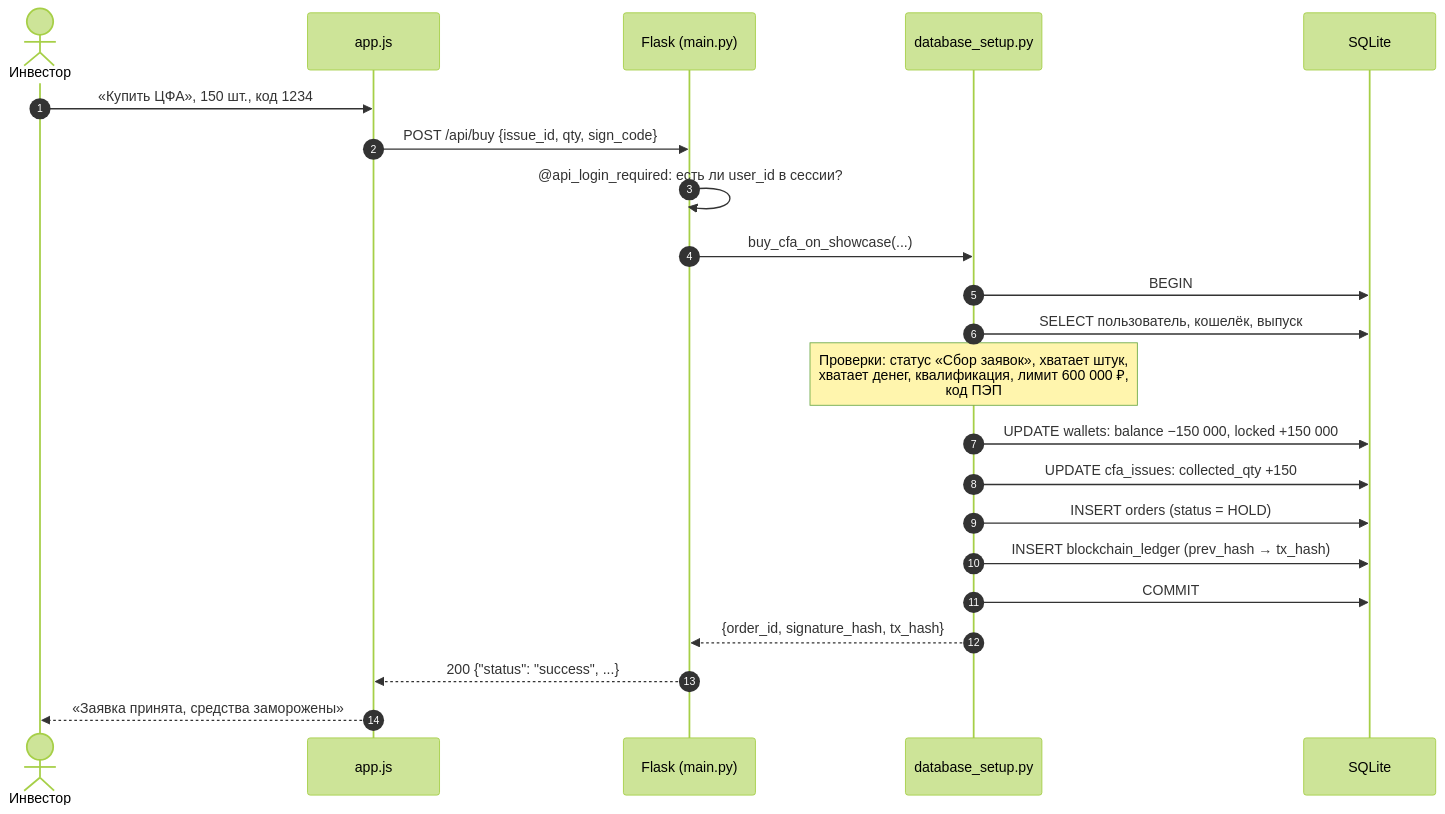
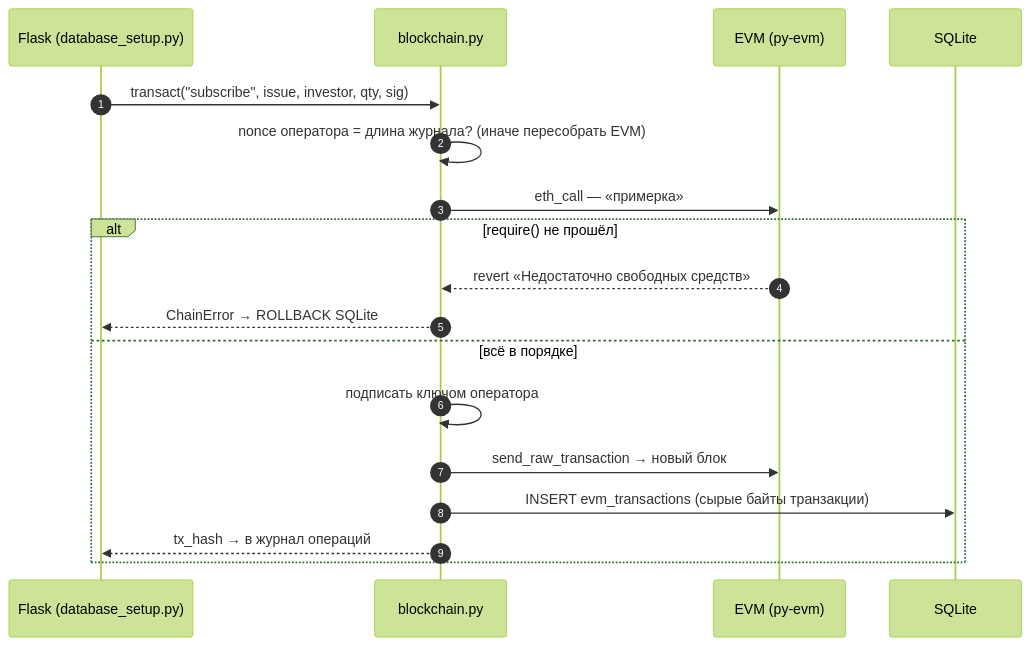
One commit to KISEL4KO/VTB_Hack changed the second of 6 diagrams in README.md. Above: the diagram before and after it, drawn with Mermaid (forest theme). The commit also changed other lines of this file and 58 other files, not shown here.

````diff
--- a/README.md
+++ b/README.md
@@ -257,25 +320,21 @@
 ```mermaid
 sequenceDiagram
     autonumber
-    actor I as Инвестор
-    participant JS as app.js
-    participant F as Flask (main.py)
-    participant L as database_setup.py
+    participant App as Flask (database_setup.py)
+    participant Ch as blockchain.py
+    participant EVM as EVM (py-evm)
     participant DB as SQLite
 
-    I->>JS: «Купить ЦФА», 150 шт., код 1234
-    JS->>F: POST /api/buy {issue_id, qty, sign_code}
-    F->>F: @api_login_required: есть ли user_id в сессии?
-    F->>L: buy_cfa_on_showcase(...)
-    L->>DB: BEGIN
-    L->>DB: SELECT пользователь, кошелёк, выпуск
-    Note over L: Проверки: статус «Сбор заявок», хватает штук,<br/>хватает денег, квалификация, лимит 600 000 ₽,<br/>код ПЭП
-    L->>DB: UPDATE wallets: balance −150 000, locked +150 000
-    L->>DB: UPDATE cfa_issues: collected_qty +150
-    L->>DB: INSERT orders (status = HOLD)
-    L->>DB: INSERT blockchain_ledger (prev_hash → tx_hash)
-    L->>DB: COMMIT
-    L-->>F: {order_id, signature_hash, tx_hash}
-    F-->>JS: 200 {"status": "success", ...}
-    JS-->>I: «Заявка принята, средства заморожены»
+    App->>Ch: transact("subscribe", issue, investor, qty, sig)
+    Ch->>Ch: nonce оператора = длина журнала? (иначе пересобрать EVM)
+    Ch->>EVM: eth_call — «примерка»
+    alt require() не прошёл
+        EVM-->>Ch: revert «Недостаточно свободных средств»
+        Ch-->>App: ChainError → ROLLBACK SQLite
+    else всё в порядке
+        Ch->>Ch: подписать ключом оператора
+        Ch->>EVM: send_raw_transaction → новый блок
+        Ch->>DB: INSERT evm_transactions (сырые байты транзакции)
+        Ch-->>App: tx_hash → в журнал операций
+    end
 ```
````
